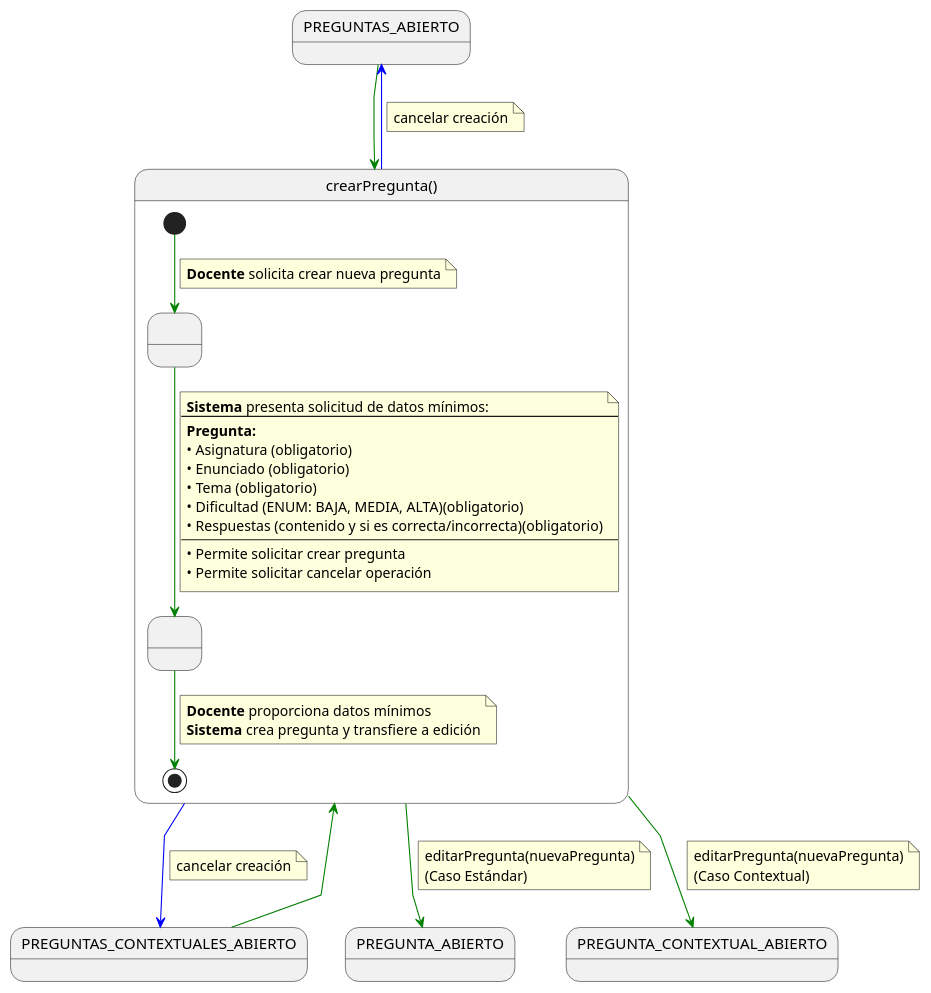
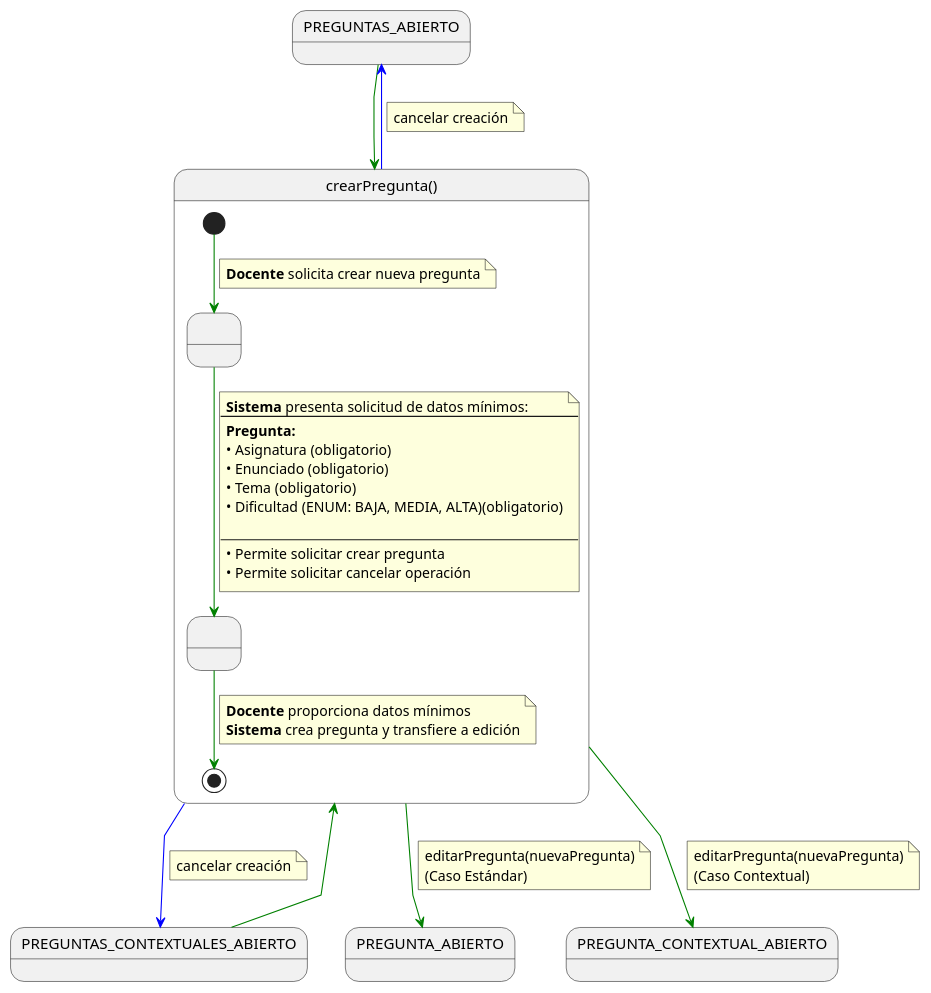
The diagram in documents/casos-de-uso/detalladoCasosDeUso/crearPregunta/crearPregunta.puml (martinlopez7/25-26-IdSw1-SdR), drawn with PlantUML before and after one commit. The commit also changed 2 other files, not shown here.

```diff
--- a/documents/casos-de-uso/detalladoCasosDeUso/crearPregunta/crearPregunta.puml
+++ b/documents/casos-de-uso/detalladoCasosDeUso/crearPregunta/crearPregunta.puml
@@ -1,72 +1,72 @@
 @startuml crearPregunta
 skinparam linetype polyline
 
 
 state PREGUNTAS_ABIERTO
 state PREGUNTAS_CONTEXTUALES_ABIERTO
 state PREGUNTA_ABIERTO
 state PREGUNTA_CONTEXTUAL_ABIERTO
 
 
 PREGUNTAS_ABIERTO -[#green]-> crearPregunta
 PREGUNTAS_CONTEXTUALES_ABIERTO -[#green]-> crearPregunta
 
 state crearPregunta as "crearPregunta()" {
 
     state " " as SolicitandoDatosPregunta
     state " " as ProcesandoCreacion
 
     [*] -[#green]-> SolicitandoDatosPregunta 
     note on link
     <b>Docente</b> solicita crear nueva pregunta
     end note    
     
     SolicitandoDatosPregunta -[#green]-> ProcesandoCreacion
     note on link
     <b>Sistema</b> presenta solicitud de datos mínimos:
     ---
     <b>Pregunta:</b>
     • Asignatura (obligatorio)
     • Enunciado (obligatorio)
     • Tema (obligatorio)
     • Dificultad (ENUM: BAJA, MEDIA, ALTA)(obligatorio)
-    • Respuestas (contenido y si es correcta/incorrecta)(obligatorio)
+
     ---
     • Permite solicitar crear pregunta
     • Permite solicitar cancelar operación
     end note
     
     ProcesandoCreacion -[#green]-> [*]
     note on link
     <b>Docente</b> proporciona datos mínimos
     <b>Sistema</b> crea pregunta y transfiere a edición
     end note
 }
 
 
 
 crearPregunta -[#green]-> PREGUNTA_ABIERTO
 note on link
 editarPregunta(nuevaPregunta)
 (Caso Estándar)
 end note
 
 crearPregunta -[#green]-> PREGUNTA_CONTEXTUAL_ABIERTO
 note on link
 editarPregunta(nuevaPregunta)
 (Caso Contextual)
 end note
 
 
 
 crearPregunta -[#blue]-> PREGUNTAS_ABIERTO
 note on link
 cancelar creación
 end note
 
 crearPregunta -[#blue]-> PREGUNTAS_CONTEXTUALES_ABIERTO
 note on link
 cancelar creación
 end note
 
 @enduml
```
